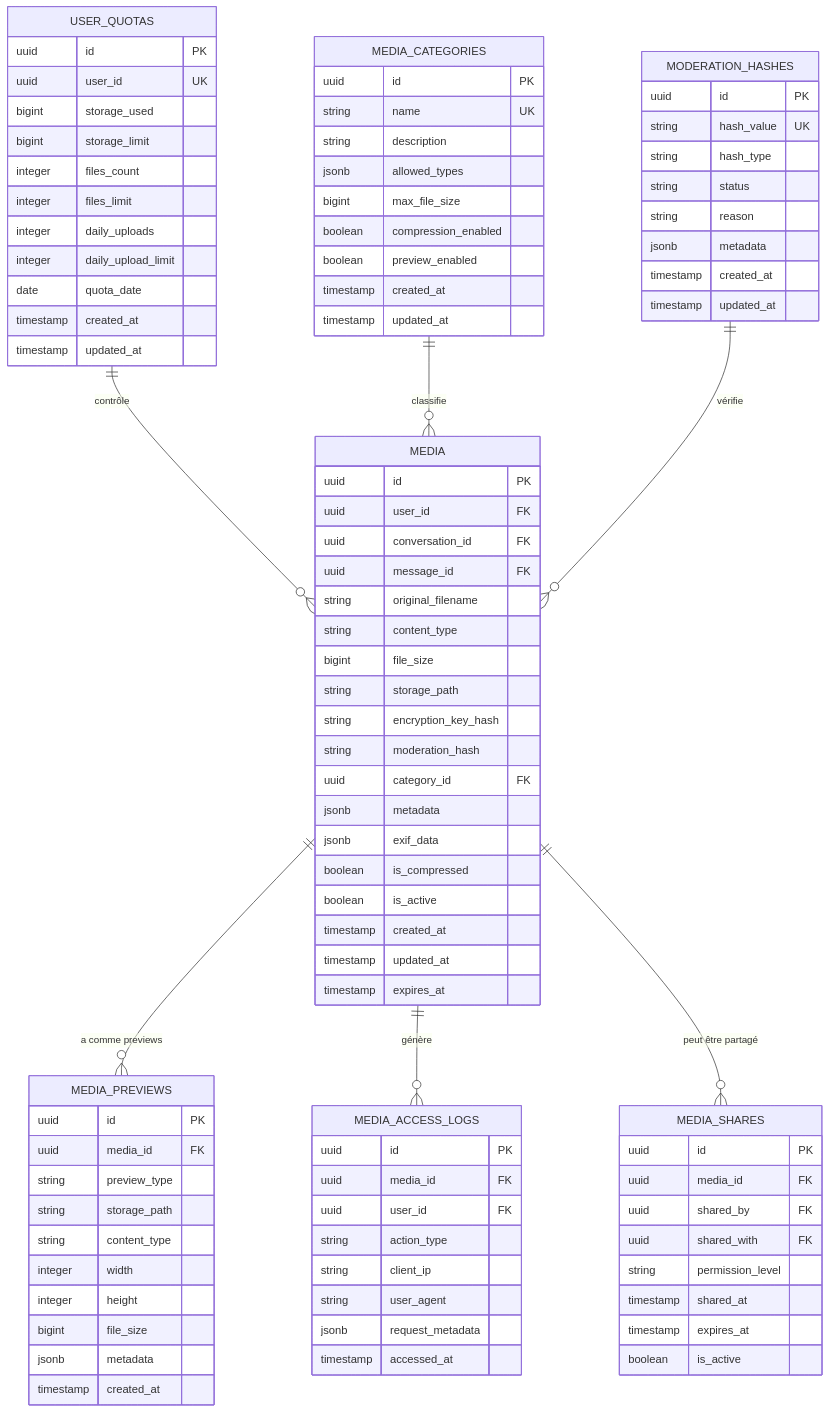
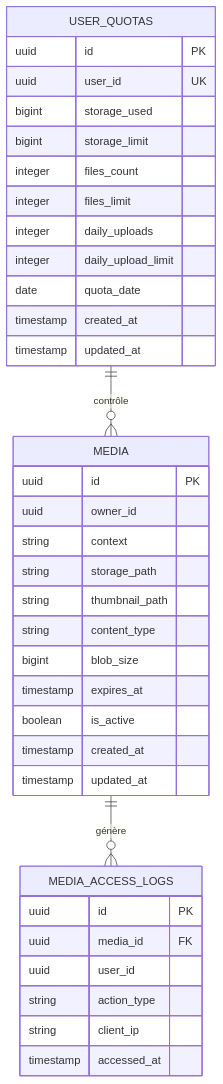
Before and after one commit to whispr-messenger/media-service: the first of 2 diagrams in documentation/1_architecture/2_database_design.md, drawn with Mermaid. The commit also changed other lines of this file and 3 other files, not shown here.

First line of the commit message:
docs: rewrite architecture documentation to reflect E2E encryption model

````diff
--- a/documentation/1_architecture/2_database_design.md
+++ b/documentation/1_architecture/2_database_design.md
@@ -61,46 +43,22 @@
 ```mermaid
 erDiagram
-    MEDIA ||--o{ MEDIA_PREVIEWS : "a comme previews"
     MEDIA ||--o{ MEDIA_ACCESS_LOGS : "génère"
     USER_QUOTAS ||--o{ MEDIA : "contrôle"
-    MEDIA_CATEGORIES ||--o{ MEDIA : "classifie"
-    MEDIA ||--o{ MEDIA_SHARES : "peut être partagé"
-    MODERATION_HASHES ||--o{ MEDIA : "vérifie"
-    
+
     MEDIA {
         uuid id PK
-        uuid user_id FK
-        uuid conversation_id FK
-        uuid message_id FK
-        string original_filename
+        uuid owner_id
+        string context
+        string storage_path
+        string thumbnail_path
         string content_type
-        bigint file_size
-        string storage_path
-        string encryption_key_hash
-        string moderation_hash
-        uuid category_id FK
-        jsonb metadata
-        jsonb exif_data
-        boolean is_compressed
+        bigint blob_size
+        timestamp expires_at
         boolean is_active
         timestamp created_at
         timestamp updated_at
-        timestamp expires_at
     }
-    
-    MEDIA_PREVIEWS {
-        uuid id PK
-        uuid media_id FK
-        string preview_type
-        string storage_path
-        string content_type
-        integer width
-        integer height
-        bigint file_size
-        jsonb metadata
-        timestamp created_at
-    }
-    
+
     USER_QUOTAS {
         uuid id PK
         uuid user_id UK
@@ -114,49 +72,13 @@
         timestamp created_at
         timestamp updated_at
     }
-    
-    MEDIA_CATEGORIES {
-        uuid id PK
-        string name UK
-        string description
-        jsonb allowed_types
-        bigint max_file_size
-        boolean compression_enabled
-        boolean preview_enabled
-        timestamp created_at
-        timestamp updated_at
-    }
-    
+
     MEDIA_ACCESS_LOGS {
         uuid id PK
         uuid media_id FK
-        uuid user_id FK
+        uuid user_id
         string action_type
         string client_ip
-        string user_agent
-        jsonb request_metadata
         timestamp accessed_at
     }
-    
-    MEDIA_SHARES {
-        uuid id PK
-        uuid media_id FK
-        uuid shared_by FK
-        uuid shared_with FK
-        string permission_level
-        timestamp shared_at
-        timestamp expires_at
-        boolean is_active
-    }
-    
-    MODERATION_HASHES {
-        uuid id PK
-        string hash_value UK
-        string hash_type
-        string status
-        string reason
-        jsonb metadata
-        timestamp created_at
-        timestamp updated_at
-    }
 ```
````
